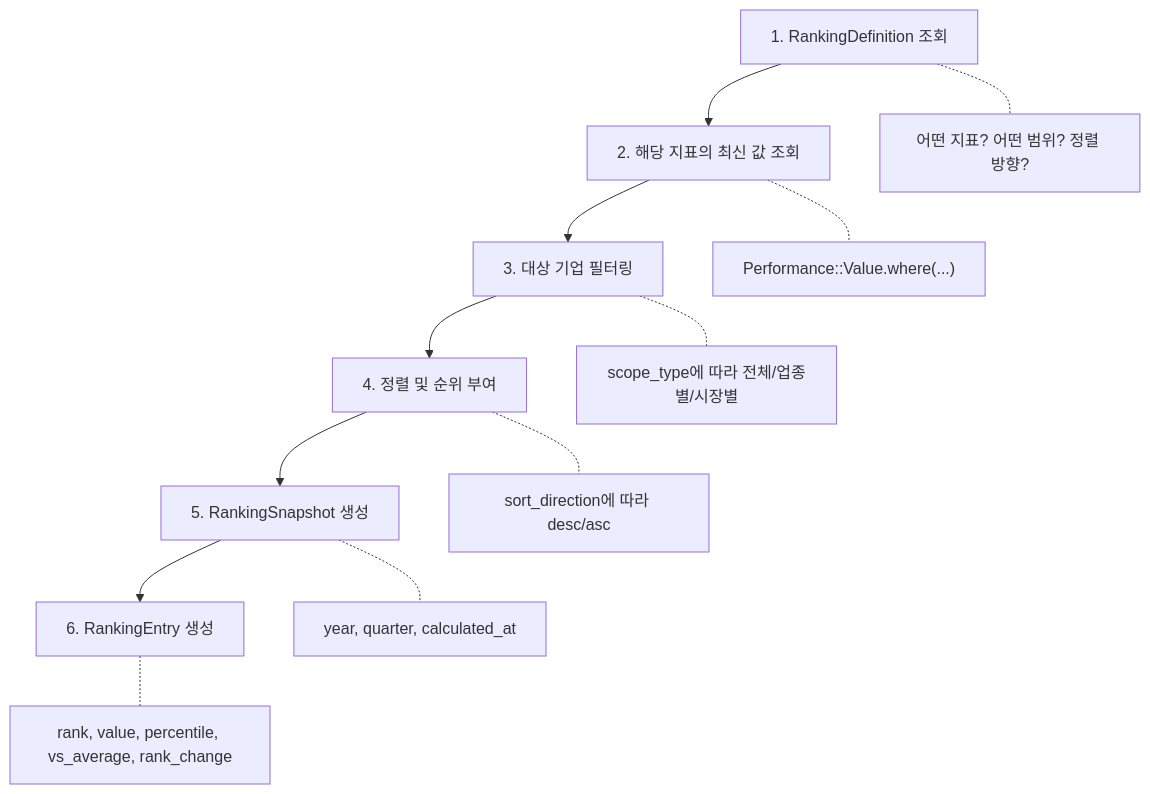
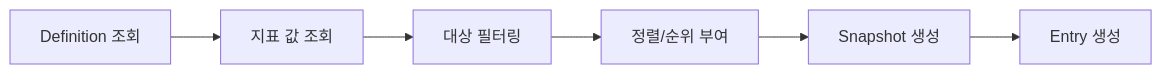
One commit to fntimes/docs changed the fifth of 5 diagrams in compass/database-schema.md. Above: the diagram before and after it, drawn with Mermaid. The commit also changed other lines of this file, not shown here.

First line of the commit message:
database-schema.md 문서 구조 전면 개편 (v3.1)

````diff
--- a/compass/database-schema.md
+++ b/compass/database-schema.md
@@ -273,15 +161,8 @@
 ```mermaid
-flowchart TD
-    A["1. RankingDefinition 조회"] --> B["2. 해당 지표의 최신 값 조회"]
-    B --> C["3. 대상 기업 필터링"]
-    C --> D["4. 정렬 및 순위 부여"]
-    D --> E["5. RankingSnapshot 생성"]
-    E --> F["6. RankingEntry 생성"]
-
-    A -.- A1["어떤 지표? 어떤 범위? 정렬 방향?"]
-    B -.- B1["Performance::Value.where(...)"]
-    C -.- C1["scope_type에 따라 전체/업종별/시장별"]
-    D -.- D1["sort_direction에 따라 desc/asc"]
-    E -.- E1["year, quarter, calculated_at"]
-    F -.- F1["rank, value, percentile, vs_average, rank_change"]
+flowchart LR
+    A["Definition 조회"] --> B["지표 값 조회"]
+    B --> C["대상 필터링"]
+    C --> D["정렬/순위 부여"]
+    D --> E["Snapshot 생성"]
+    E --> F["Entry 생성"]
 ```
````
